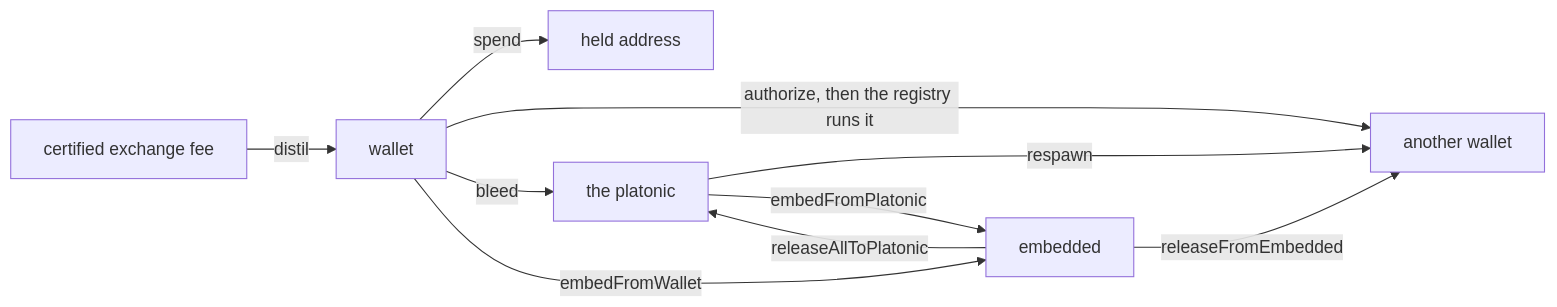
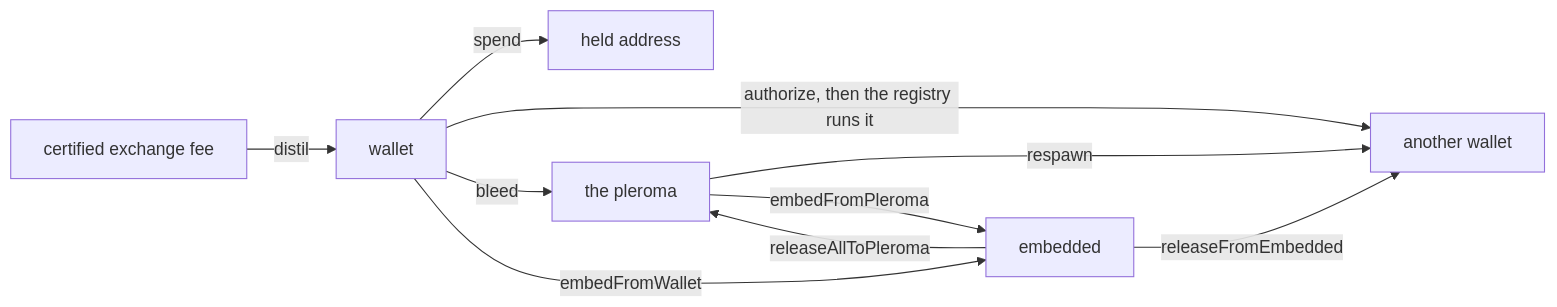
The third of 3 diagrams in docs/manual/08-tabs/proof-of-accumulation.md (Acervator-LLC/ACERVATOR), drawn with Mermaid before and after one commit. The commit also changed other lines of this file and 10 other files, not shown here.

````diff
--- a/docs/manual/08-tabs/proof-of-accumulation.md
+++ b/docs/manual/08-tabs/proof-of-accumulation.md
@@ -783,12 +783,12 @@
 ```mermaid
 flowchart LR
     FEE[certified exchange fee] -->|distil| WALLET[wallet]
     WALLET -->|spend| HELD[held address]
     WALLET -->|authorize, then the registry runs it| OTHER[another wallet]
-    WALLET -->|bleed| PLATONIC[the platonic]
-    PLATONIC -->|respawn| OTHER
-    PLATONIC -->|embedFromPlatonic| EMBEDDED[embedded]
+    WALLET -->|bleed| PLEROMA[the pleroma]
+    PLEROMA -->|respawn| OTHER
+    PLEROMA -->|embedFromPleroma| EMBEDDED[embedded]
     WALLET -->|embedFromWallet| EMBEDDED
     EMBEDDED -->|releaseFromEmbedded| OTHER
-    EMBEDDED -->|releaseAllToPlatonic| PLATONIC
+    EMBEDDED -->|releaseAllToPleroma| PLEROMA
 ```
````
